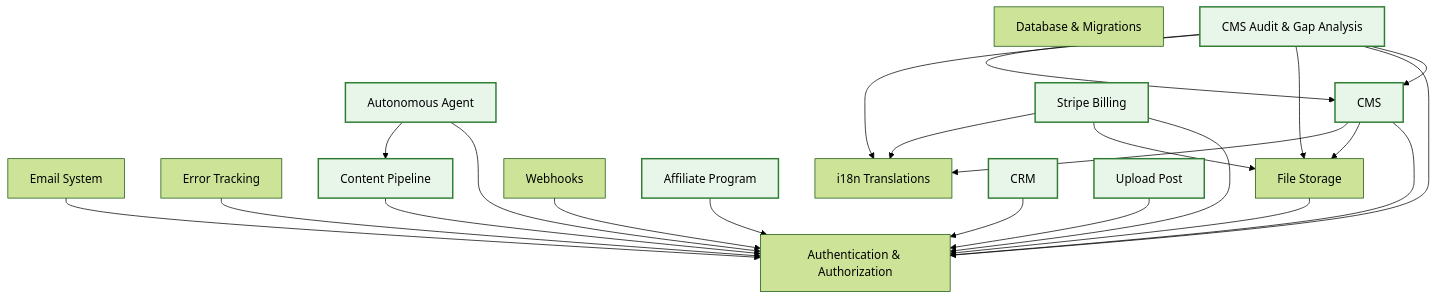
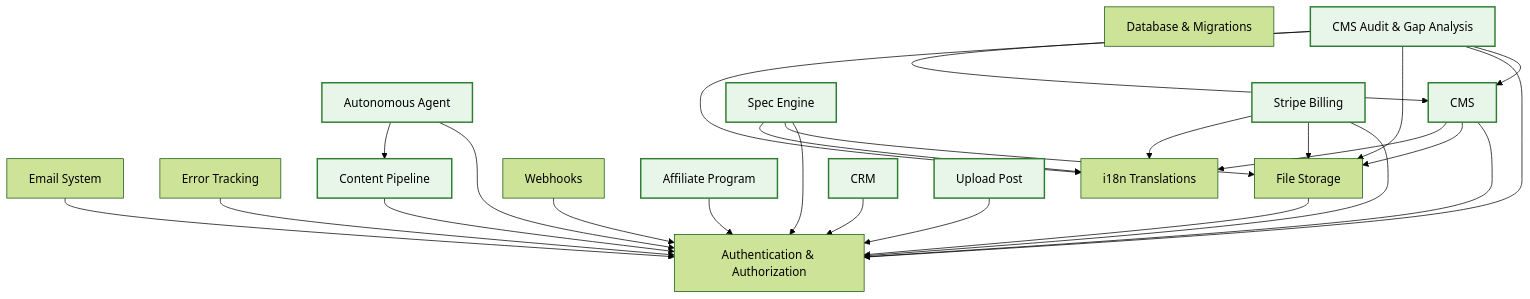
Before and after one commit to ADCP-dev/worldbid-api: the diagram in docs/ARCHITECTURE.md, drawn with Mermaid (forest theme). The commit also changed other lines of this file and 48 other files, not shown here.

````diff
--- a/docs/ARCHITECTURE.md
+++ b/docs/ARCHITECTURE.md
@@ -68,41 +69,45 @@
 ```mermaid
 graph TD
   auth["Authentication & Authorization"]
   database["Database & Migrations"]
   email["Email System"]
   error-logging["Error Tracking"]
   storage["File Storage"]
   translations["i18n Translations"]
   webhooks["Webhooks"]
   affiliate["Affiliate Program"]:::ext
   autonomous-agent["Autonomous Agent"]:::ext
   cms-audit["CMS Audit & Gap Analysis"]:::ext
   cms["CMS"]:::ext
   content-pipeline["Content Pipeline"]:::ext
   crm["CRM"]:::ext
+  spec-engine["Spec Engine"]:::ext
   stripe["Stripe Billing"]:::ext
   upload-post["Upload Post"]:::ext
   email --> auth
   error-logging --> auth
   storage --> auth
   webhooks --> auth
   affiliate --> auth
   autonomous-agent --> auth
   autonomous-agent --> content-pipeline
   cms-audit --> cms
   cms-audit --> auth
   cms-audit --> storage
   cms-audit --> translations
   cms-audit --> cms
   cms --> auth
   cms --> storage
   cms --> translations
   content-pipeline --> auth
   crm --> auth
+  spec-engine --> auth
+  spec-engine --> storage
+  spec-engine --> translations
   stripe --> auth
   stripe --> storage
   stripe --> translations
   upload-post --> auth
 
   classDef ext fill:#e8f5e9,stroke:#2e7d32,stroke-width:2px;
 ```
````
